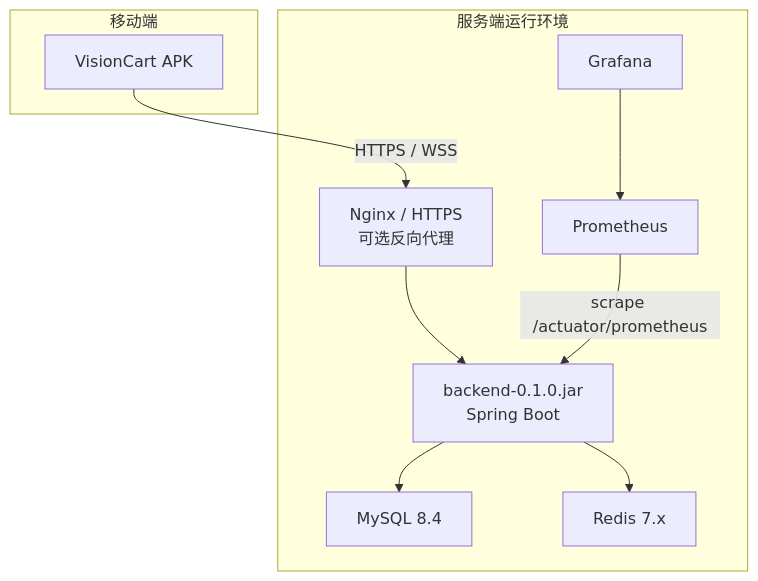
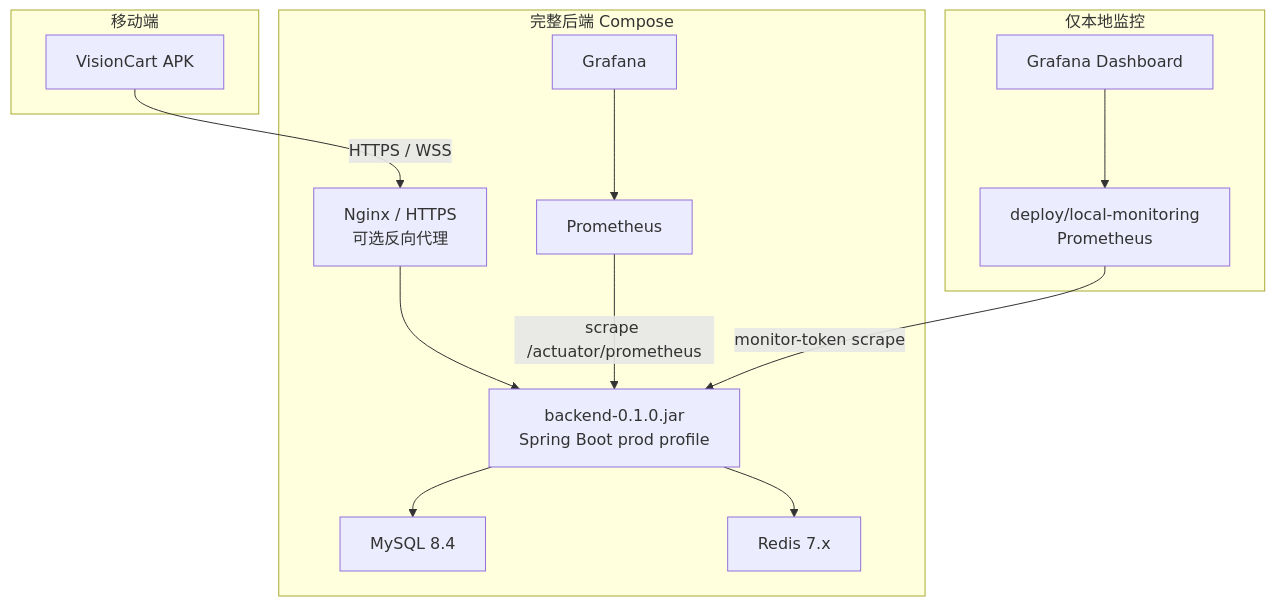
One commit to buwenjiayou/VisionCart changed diagram 12 of 12 in docs/architecture-design.md. Above: the diagram before and after it, drawn with Mermaid. The commit also changed other lines of this file and 69 other files, not shown here.

````diff
--- a/docs/architecture-design.md
+++ b/docs/architecture-design.md
@@ -467,22 +512,29 @@
 ```mermaid
 flowchart TB
     subgraph Mobile["移动端"]
         App["VisionCart APK"]
     end
 
-    subgraph Server["服务端运行环境"]
+    subgraph Server["完整后端 Compose"]
         Nginx["Nginx / HTTPS<br/>可选反向代理"]
-        BackendJar["backend-0.1.0.jar<br/>Spring Boot"]
+        BackendJar["backend-0.1.0.jar<br/>Spring Boot prod profile"]
         Mysql["MySQL 8.4"]
         RedisNode["Redis 7.x"]
         Prom["Prometheus"]
         Grafana["Grafana"]
+    end
+
+    subgraph LocalMon["仅本地监控"]
+        LocalProm["deploy/local-monitoring<br/>Prometheus"]
+        LocalGrafana["Grafana Dashboard"]
     end
 
     App -->|HTTPS / WSS| Nginx
     Nginx --> BackendJar
     BackendJar --> Mysql
     BackendJar --> RedisNode
     Prom -->|scrape /actuator/prometheus| BackendJar
     Grafana --> Prom
+    LocalProm -->|monitor-token scrape| BackendJar
+    LocalGrafana --> LocalProm
 ```
````
